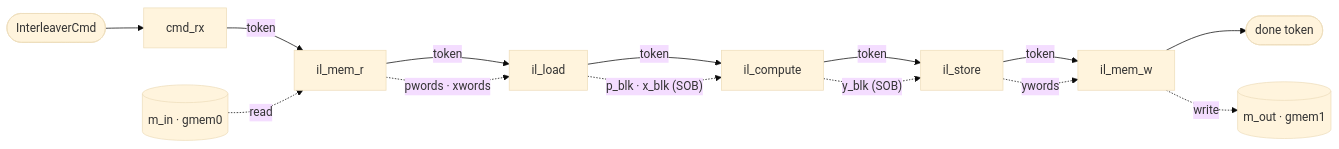
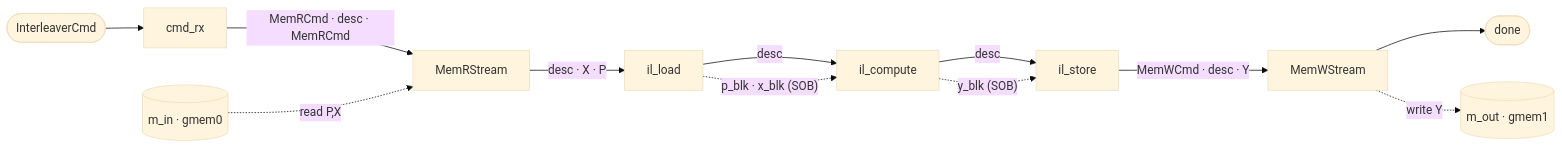
The diagram in docs/examples/interleaver/interleaver.md (sdrangan/waveflow), drawn with Mermaid (base theme) before and after one commit. The commit also changed other lines of this file and 4 other files, not shown here.

First line of the commit message:
docs+feat(interleaver): point the overview at the in-band design; its activity diagram

````diff
--- a/docs/examples/interleaver/interleaver.md
+++ b/docs/examples/interleaver/interleaver.md
@@ -84,16 +86,14 @@
 ```mermaid
 flowchart LR
   cmd([InterleaverCmd]) --> RX[cmd_rx]
-  RX -->|token| MR[il_mem_r]
-  MR -->|token| LD[il_load]
-  LD -->|token| CP[il_compute]
-  CP -->|token| ST[il_store]
-  ST -->|token| MW[il_mem_w]
-  MW --> done([done token])
-  MR -.->|"pwords · xwords"| LD
+  RX -->|"MemRCmd · desc · MemRCmd"| MR[MemRStream]
+  MR -->|"desc · X · P"| LD[il_load]
+  LD -->|desc| CP[il_compute]
+  CP -->|desc| ST[il_store]
+  ST -->|"MemWCmd · desc · Y"| MW[MemWStream]
+  MW --> done([done])
   LD -.->|"p_blk · x_blk (SOB)"| CP
   CP -.->|"y_blk (SOB)"| ST
-  ST -.->|ywords| MW
-  gmem0[("m_in · gmem0")] -. read .-> MR
-  MW -. write .-> gmem1[("m_out · gmem1")]
+  gmem0[("m_in · gmem0")] -. read P,X .-> MR
+  MW -. write Y .-> gmem1[("m_out · gmem1")]
 ```
````
